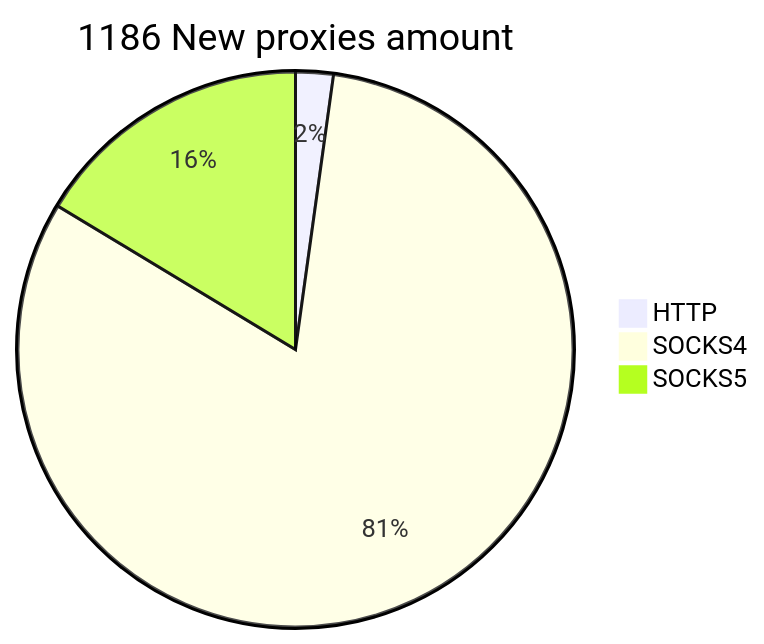
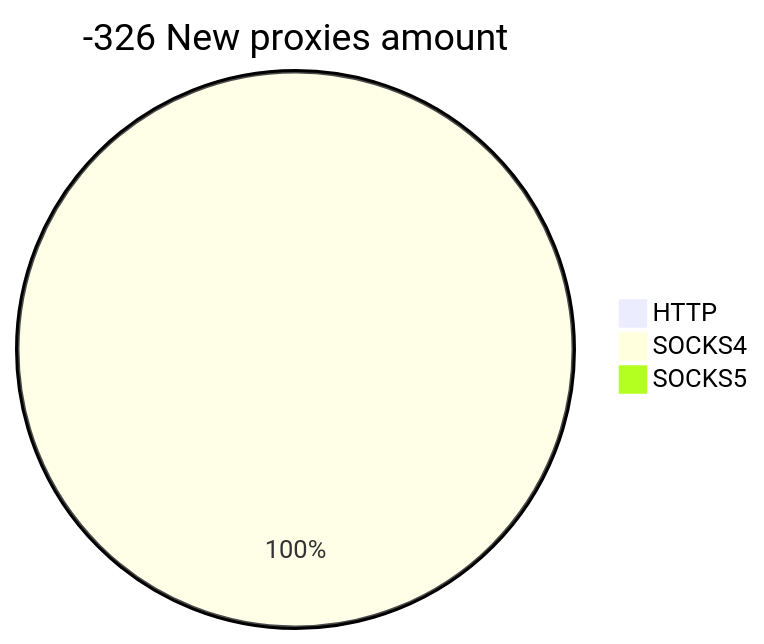
The second of 2 diagrams in README.md (cutipu/proxylist), drawn with Mermaid before and after one commit. The commit also changed other lines of this file, not shown here.

````diff
--- a/README.md
+++ b/README.md
@@ -10,6 +10,6 @@
 ```mermaid
-pie title 1186 New proxies amount
-    "HTTP" : 26
-    "SOCKS4" : 966
-    "SOCKS5" : 194
+pie title -326 New proxies amount
+    "HTTP" : 0
+    "SOCKS4" : 6
+    "SOCKS5" : 0
 ```
````
